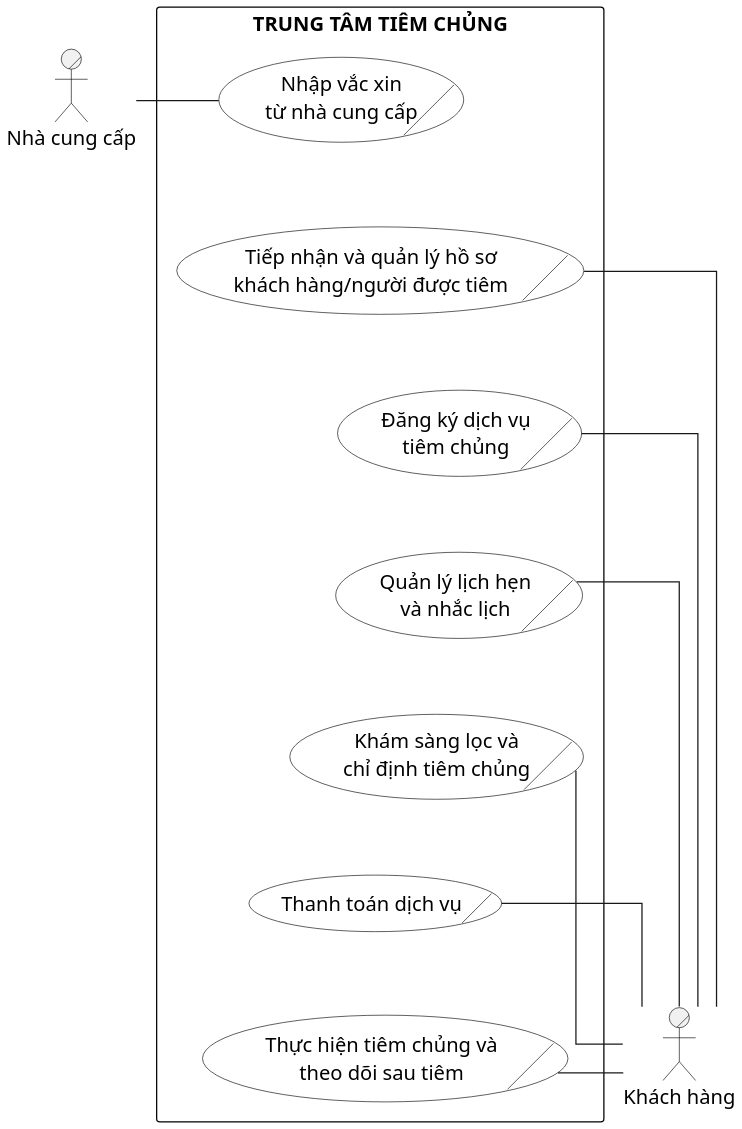
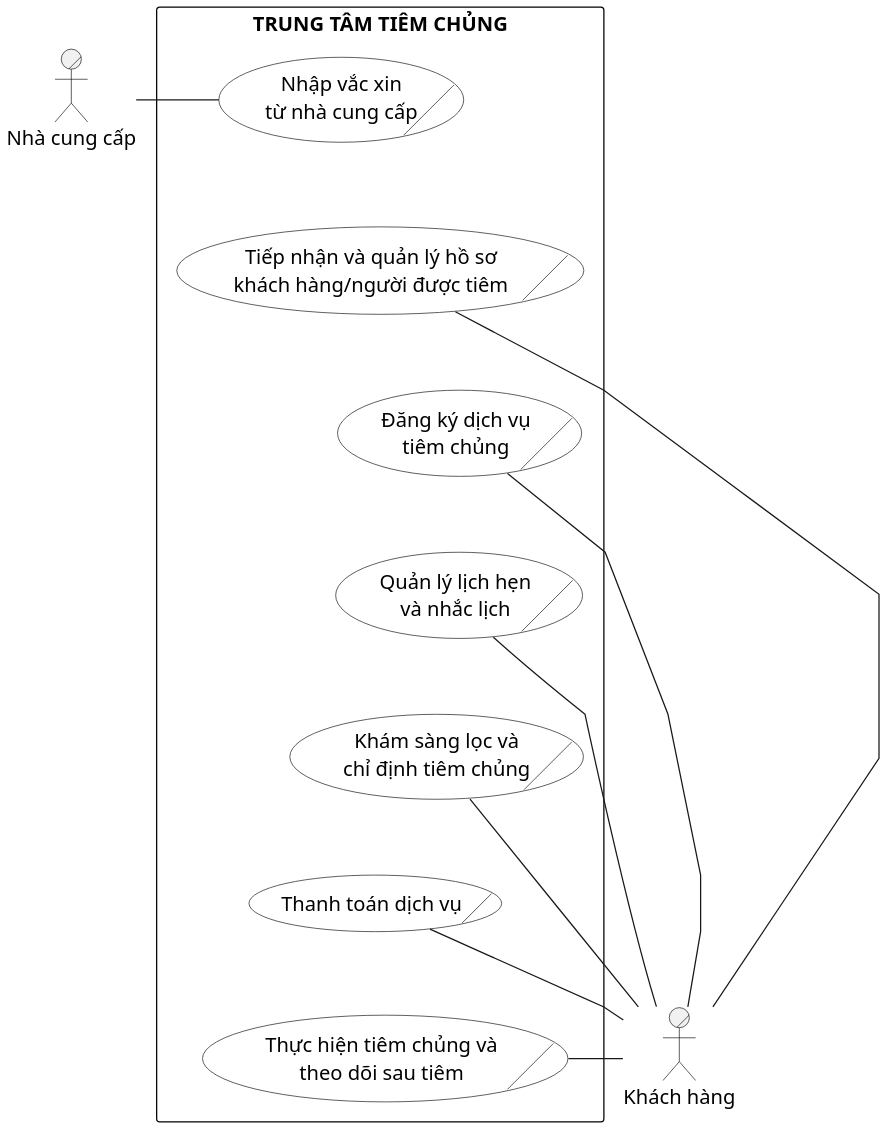
The diagram in docs/thesis/uml/Hinh_2_1_Business_Use_Case_Tong_The.puml (datngo1203/KLCN-QuanLyTiemChung), drawn with PlantUML before and after one commit.

Commit message:
docs: straighten business use case associations

```diff
--- a/docs/thesis/uml/Hinh_2_1_Business_Use_Case_Tong_The.puml
+++ b/docs/thesis/uml/Hinh_2_1_Business_Use_Case_Tong_The.puml
@@ -1,47 +1,47 @@
 @startuml
 ' HUIT UML Visual Profile v1
 skinparam monochrome true
 skinparam shadowing false
 skinparam backgroundColor white
 skinparam defaultFontName "Times New Roman"
 skinparam defaultFontSize 16
 skinparam ActorBorderColor black
 skinparam UsecaseBorderColor black
 skinparam UsecaseBackgroundColor white
 skinparam RectangleBorderColor black
 skinparam RectangleBackgroundColor white
-skinparam linetype ortho
+skinparam linetype polyline
 skinparam dpi 180
 
 top to bottom direction
 
 actor/ "Nhà cung cấp" as Supplier
 actor/ "Khách hàng" as Customer
 
 rectangle "TRUNG TÂM TIÊM CHỦNG" as BusinessBoundary {
   usecase/ "Nhập vắc xin\ntừ nhà cung cấp" as BUC1
   usecase/ "Tiếp nhận và quản lý hồ sơ\nkhách hàng/người được tiêm" as BUC2
   usecase/ "Đăng ký dịch vụ\ntiêm chủng" as BUC3
   usecase/ "Quản lý lịch hẹn\nvà nhắc lịch" as BUC4
   usecase/ "Khám sàng lọc và\nchỉ định tiêm chủng" as BUC5
   usecase/ "Thanh toán dịch vụ" as BUC6
   usecase/ "Thực hiện tiêm chủng và\ntheo dõi sau tiêm" as BUC7
 
   BUC1 -[hidden]down- BUC2
   BUC2 -[hidden]down- BUC3
   BUC3 -[hidden]down- BUC4
   BUC4 -[hidden]down- BUC5
   BUC5 -[hidden]down- BUC6
   BUC6 -[hidden]down- BUC7
 }
 
 Supplier -right- BUC1
 Customer -left- BUC2
 Customer -left- BUC3
 Customer -left- BUC4
 Customer -left- BUC5
 Customer -left- BUC6
 Customer -left- BUC7
 BUC4 -[hidden]right- Customer
 
 @enduml
```
